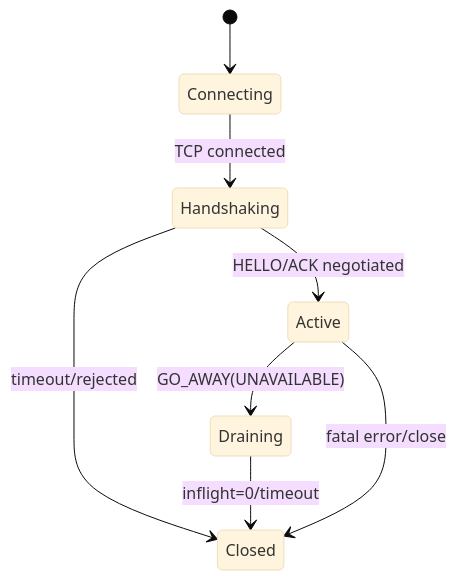
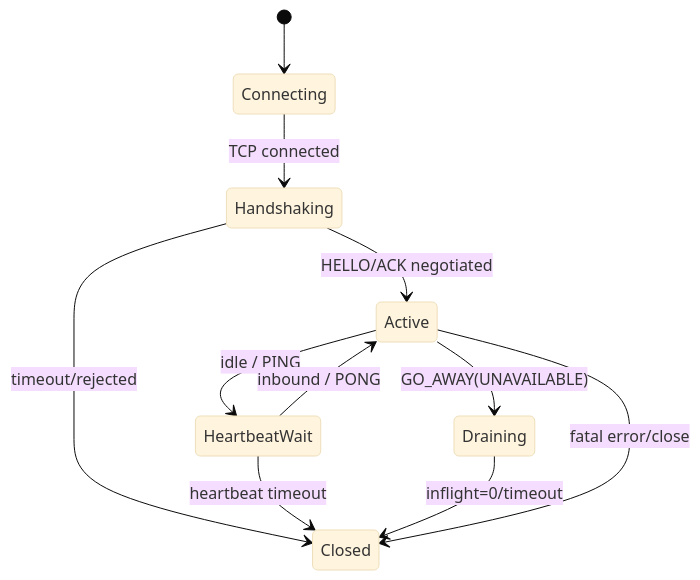
One commit to Ryan-Guizhou/peach-rpc changed the third of 3 diagrams in docs/architecture.md. Above: the diagram before and after it, drawn with Mermaid (base theme). The commit also changed other lines of this file, not shown here.

Commit message:
docs: align architecture with V2-C.2 connection HA

````diff
--- a/docs/architecture.md
+++ b/docs/architecture.md
@@ -105,10 +105,13 @@
 ```mermaid
 stateDiagram-v2
     [*] --> Connecting
     Connecting --> Handshaking: TCP connected
     Handshaking --> Active: HELLO/ACK negotiated
     Handshaking --> Closed: timeout/rejected
+    Active --> HeartbeatWait: idle / PING
+    HeartbeatWait --> Active: inbound / PONG
+    HeartbeatWait --> Closed: heartbeat timeout
     Active --> Draining: GO_AWAY(UNAVAILABLE)
     Draining --> Closed: inflight=0/timeout
     Active --> Closed: fatal error/close
 ```
````
